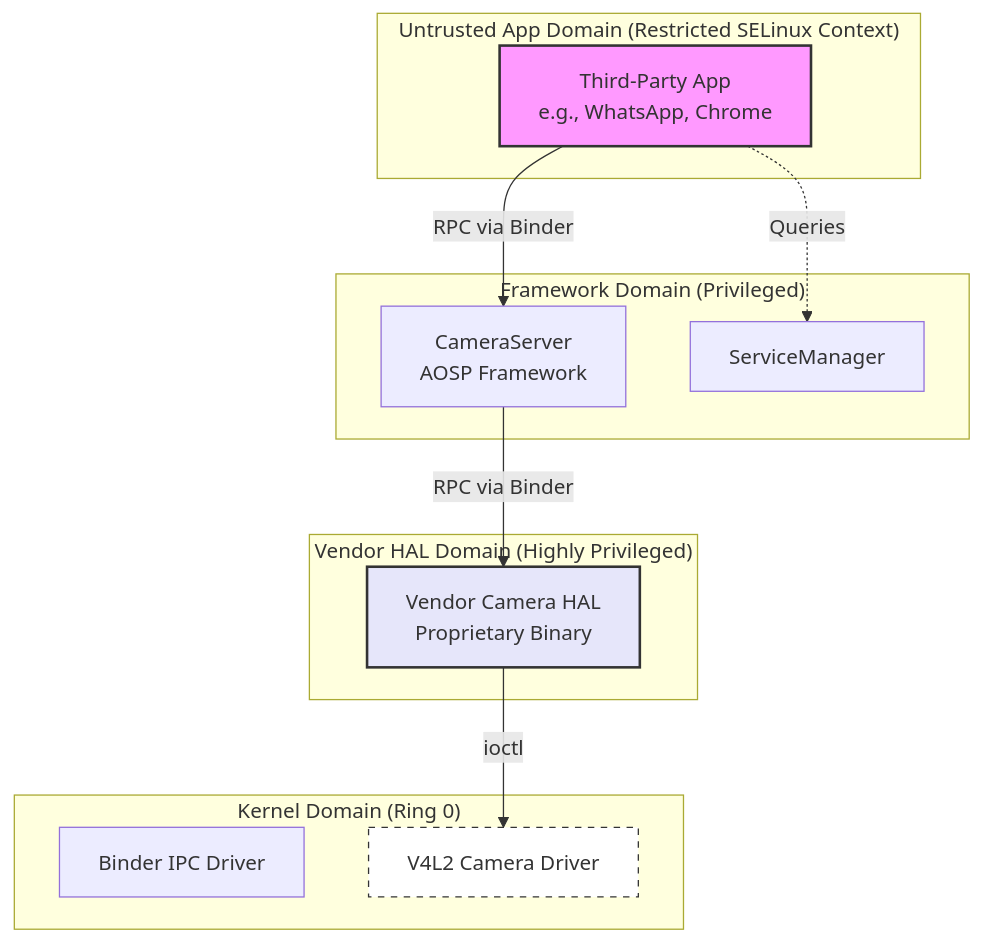
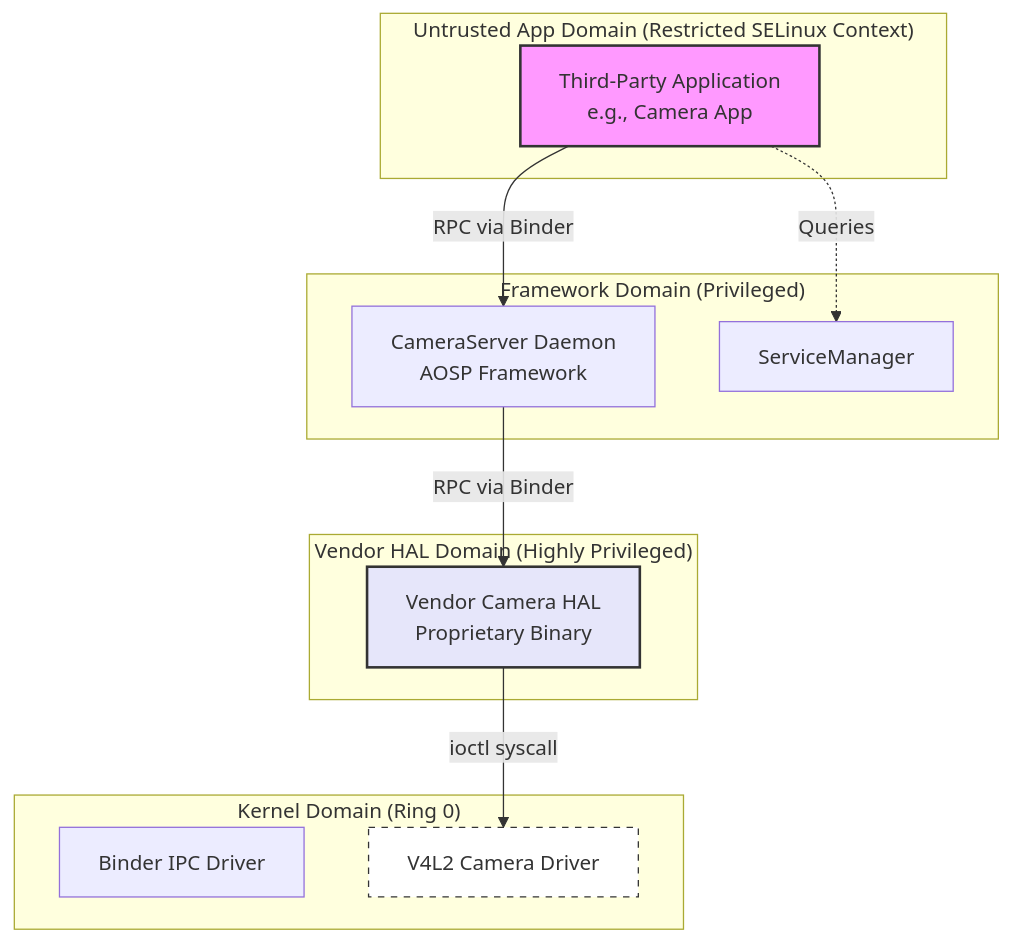
Before and after one commit to yuval092/seminar-20954: the diagram in thesis/02_background.md, drawn with Mermaid. The commit also changed other lines of this file and 14 other files, not shown here.

````diff
--- a/thesis/02_background.md
+++ b/thesis/02_background.md
@@ -28,29 +22,29 @@
 ```mermaid
 graph TD
     subgraph "Untrusted App Domain (Restricted SELinux Context)"
-        App[Third-Party App<br>e.g., WhatsApp, Chrome]
+        App[Third-Party Application<br>e.g., Camera App]
     end
 
     subgraph "Framework Domain (Privileged)"
-        CS[CameraServer<br>AOSP Framework]
+        CS[CameraServer Daemon<br>AOSP Framework]
         SM[ServiceManager]
     end
 
     subgraph "Vendor HAL Domain (Highly Privileged)"
         HAL[Vendor Camera HAL<br>Proprietary Binary]
     end
 
     subgraph "Kernel Domain (Ring 0)"
         Binder[Binder IPC Driver]
         V4L2[V4L2 Camera Driver]
     end
 
     App -->|RPC via Binder| CS
     App -.->|Queries| SM
     CS -->|RPC via Binder| HAL
-    HAL -->|ioctl| V4L2
+    HAL -->|ioctl syscall| V4L2
     
     style App fill:#f9f,stroke:#333,stroke-width:2px
     style V4L2 fill:#fff,stroke:#333,stroke-dasharray: 5 5
     style HAL fill:#e6e6fa,stroke:#333,stroke-width:2px
 ```
````
